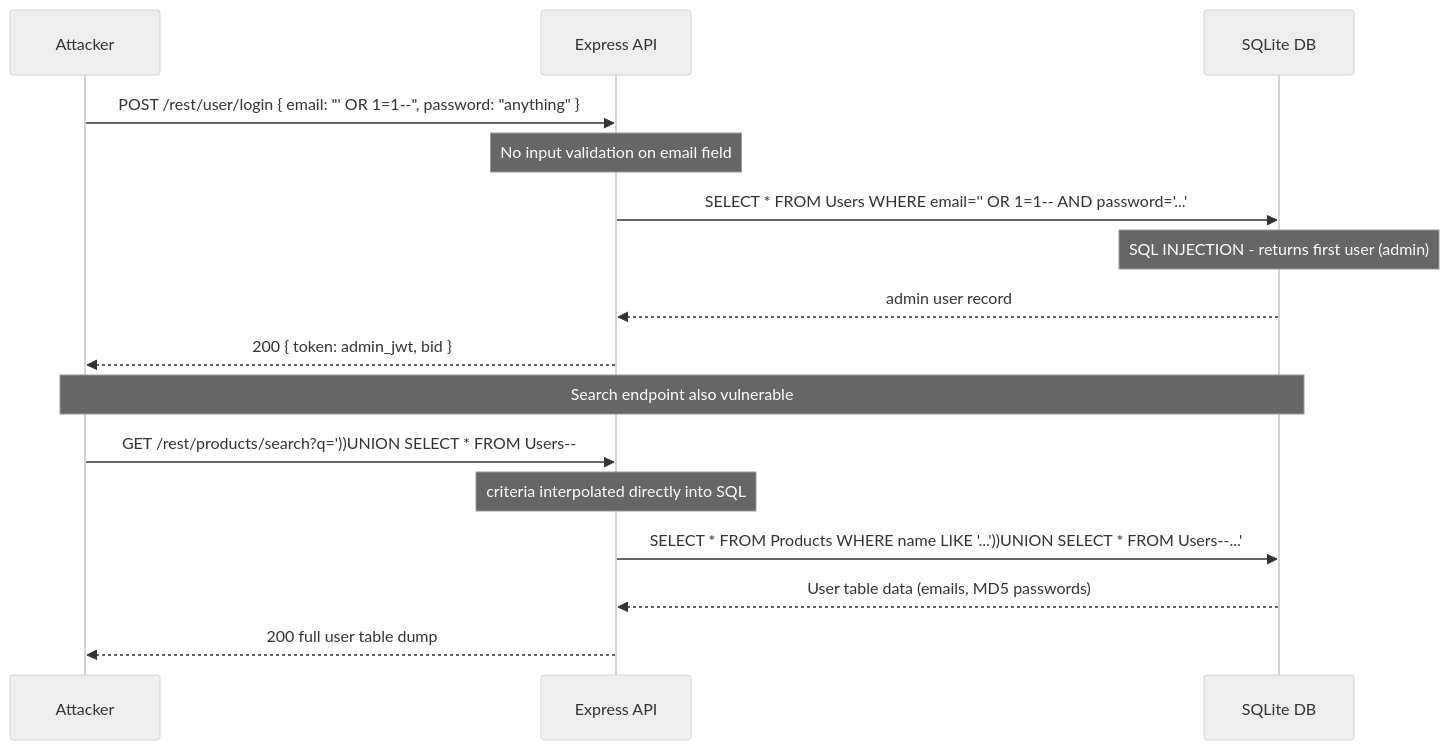
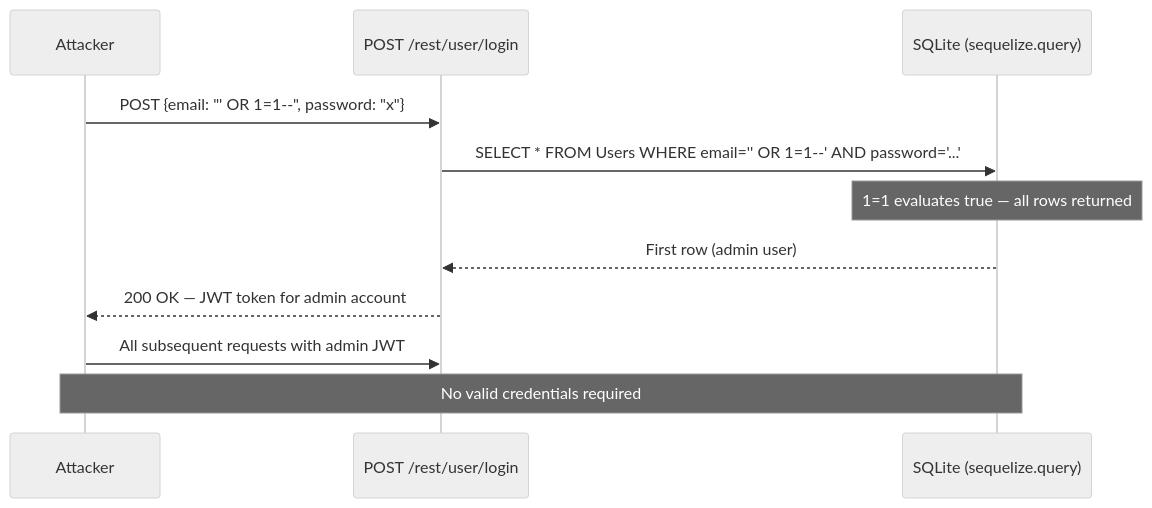
One commit to appsec-foundry/appsec-advisor changed the seventh of 10 diagrams in examples/juice-shop/threat-model-sonnet.md. Above: the diagram before and after it, drawn with Mermaid (neutral theme). The commit also changed other lines of this file and 14 other files, not shown here.

````diff
--- a/examples/juice-shop/threat-model-sonnet.md
+++ b/examples/juice-shop/threat-model-sonnet.md
@@ -324,20 +692,14 @@
 ```mermaid
 sequenceDiagram
-    participant A as Attacker
-    participant API as Express API
-    participant DB as SQLite DB
+    participant ATK as Attacker
+    participant LOGIN as POST /rest/user/login
+    participant DB as SQLite (sequelize.query)
 
-    A->>API: POST /rest/user/login { email: "' OR 1=1--", password: "anything" }
-    Note over API: No input validation on email field
-    API->>DB: SELECT * FROM Users WHERE email='' OR 1=1-- AND password='...'
-    Note over DB: SQL INJECTION - returns first user (admin)
-    DB-->>API: admin user record
-    API-->>A: 200 { token: admin_jwt, bid }
-
-    Note over A,DB: Search endpoint also vulnerable
-    A->>API: GET /rest/products/search?q='))UNION SELECT * FROM Users--
-    Note over API: criteria interpolated directly into SQL
-    API->>DB: SELECT * FROM Products WHERE name LIKE '...'))UNION SELECT * FROM Users--...'
-    DB-->>API: User table data (emails, MD5 passwords)
-    API-->>A: 200 full user table dump
+    ATK->>LOGIN: POST {email: "' OR 1=1--", password: "x"}
+    LOGIN->>DB: SELECT * FROM Users WHERE email='' OR 1=1--' AND password='...'
+    Note over DB: 1=1 evaluates true — all rows returned
+    DB-->>LOGIN: First row (admin user)
+    LOGIN-->>ATK: 200 OK — JWT token for admin account
+    ATK->>LOGIN: All subsequent requests with admin JWT
+    Note over ATK,DB: No valid credentials required
 ```
````
